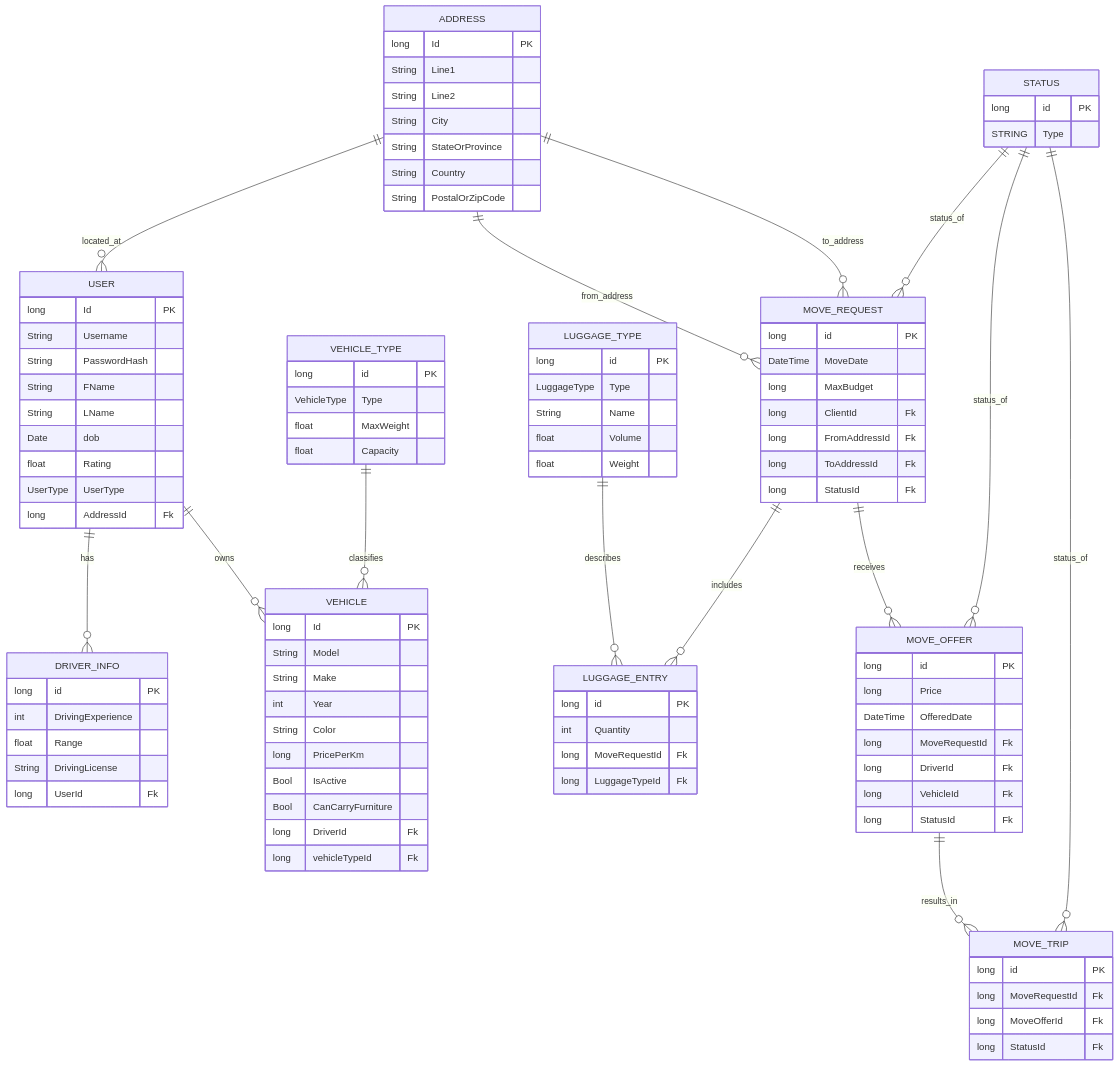
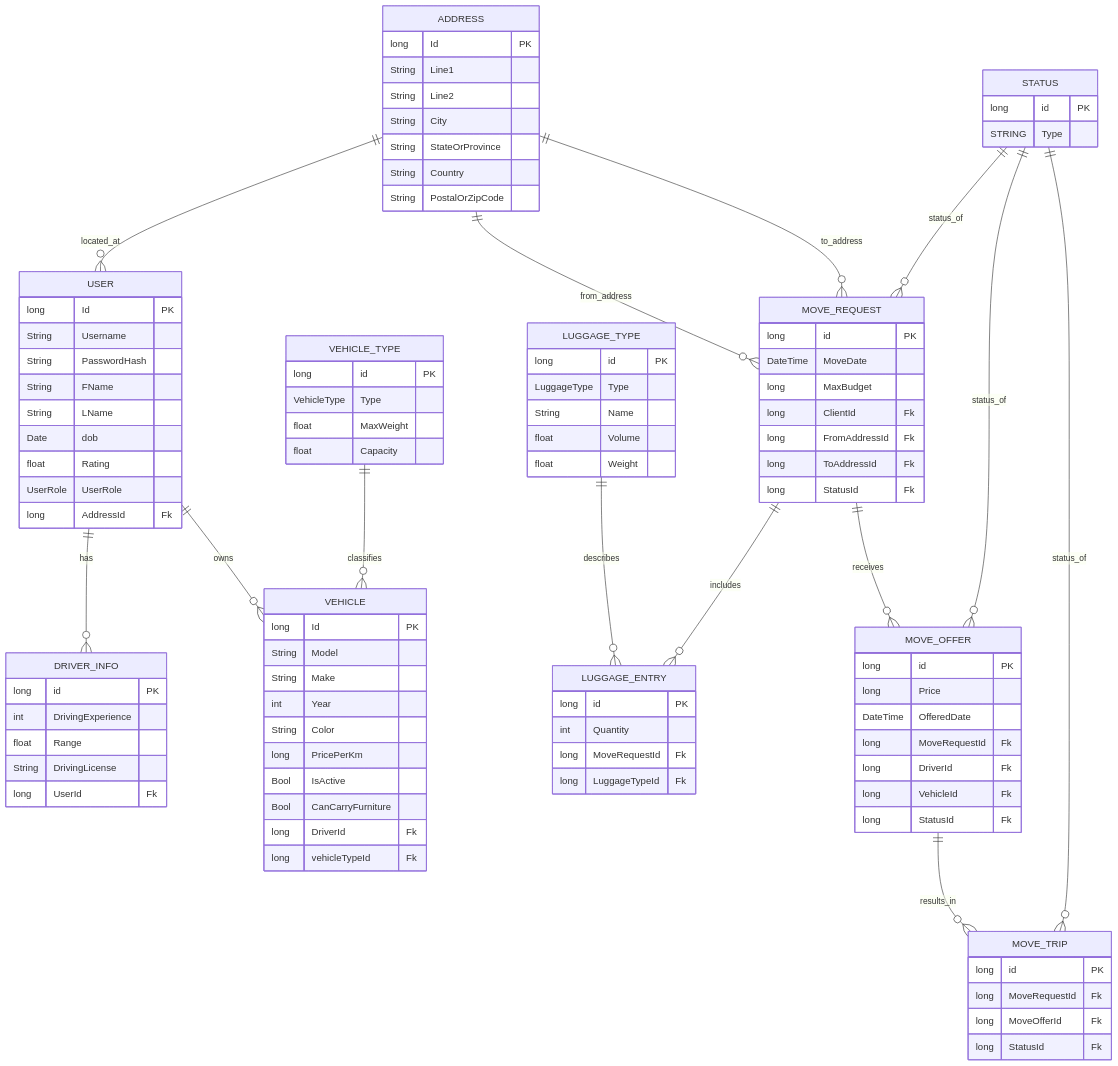
The diagram in Planning/ErdDiagram.md (ghostp13409/SwiftMove), drawn with Mermaid before and after one commit. The commit also changed 7 other files, not shown here.

```diff
--- a/Planning/ErdDiagram.md
+++ b/Planning/ErdDiagram.md
@@ -8,7 +8,7 @@
         String LName
         Date dob
         float Rating
-        UserType UserType
+        UserRole UserRole
         long AddressId Fk
     }
 
```
